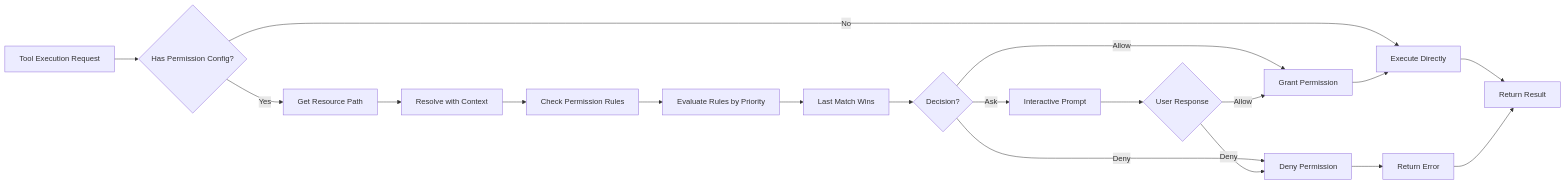
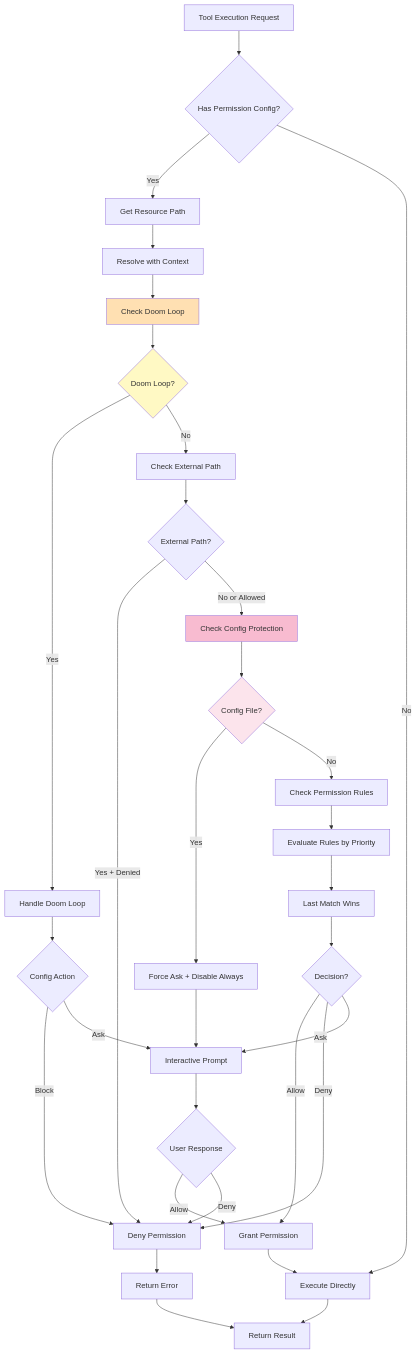
The fourth of 12 diagrams in docs/ARCHITECTURE.md (ausardcompany/alexi), drawn with Mermaid before and after one commit. The commit also changed other lines of this file and 6 other files, not shown here.

````diff
--- a/docs/ARCHITECTURE.md
+++ b/docs/ARCHITECTURE.md
@@ -208,26 +213,47 @@
 ```mermaid
-flowchart LR
+flowchart TB
     ToolExec[Tool Execution Request] --> HasPerm{Has Permission Config?}
     HasPerm -->|Yes| GetResource[Get Resource Path]
     HasPerm -->|No| DirectExec[Execute Directly]
     
     GetResource --> ResolveCtx[Resolve with Context]
-    ResolveCtx --> CheckRules[Check Permission Rules]
+    ResolveCtx --> CheckDoom[Check Doom Loop]
+    
+    CheckDoom --> IsLoop{Doom Loop?}
+    IsLoop -->|Yes| HandleLoop[Handle Doom Loop]
+    HandleLoop --> BlockOrAsk{Config Action}
+    BlockOrAsk -->|Block| Reject[Deny Permission]
+    BlockOrAsk -->|Ask| Interactive[Interactive Prompt]
+    
+    IsLoop -->|No| CheckExt[Check External Path]
+    CheckExt --> IsExternal{External Path?}
+    IsExternal -->|Yes + Denied| Reject
+    IsExternal -->|No or Allowed| CheckConfig[Check Config Protection]
+    
+    CheckConfig --> IsConfig{Config File?}
+    IsConfig -->|Yes| ForceAsk[Force Ask + Disable Always]
+    IsConfig -->|No| CheckRules[Check Permission Rules]
     
     CheckRules --> EvalRules[Evaluate Rules by Priority]
     EvalRules --> LastMatch[Last Match Wins]
     
     LastMatch --> Decision{Decision?}
     Decision -->|Allow| Grant[Grant Permission]
-    Decision -->|Deny| Reject[Deny Permission]
-    Decision -->|Ask| Interactive[Interactive Prompt]
+    Decision -->|Deny| Reject
+    Decision -->|Ask| Interactive
+    ForceAsk --> Interactive
     
     Interactive --> UserResp{User Response}
     UserResp -->|Allow| Grant
     UserResp -->|Deny| Reject
     
     Grant --> DirectExec
     Reject --> RetErr[Return Error]
     DirectExec --> Result[Return Result]
     RetErr --> Result
+    
+    style CheckDoom fill:#FFE0B2
+    style CheckConfig fill:#F8BBD0
+    style IsLoop fill:#FFF9C4
+    style IsConfig fill:#FCE4EC
 ```
````
